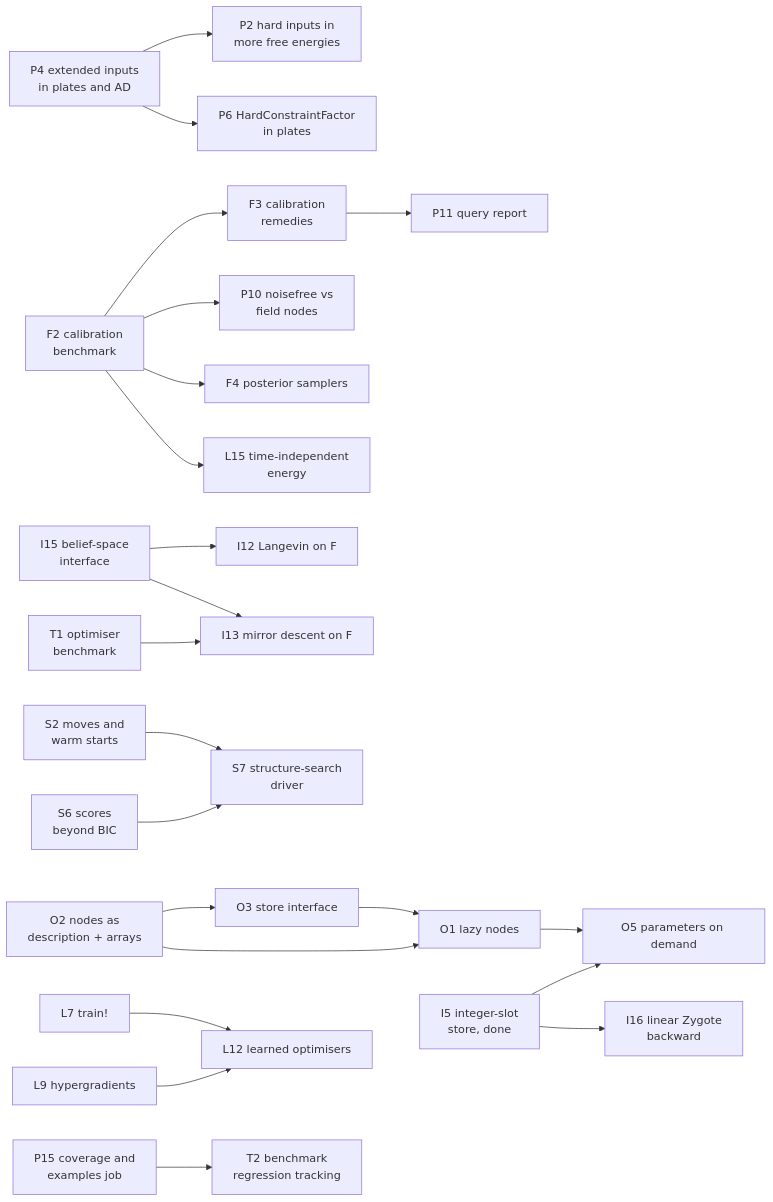
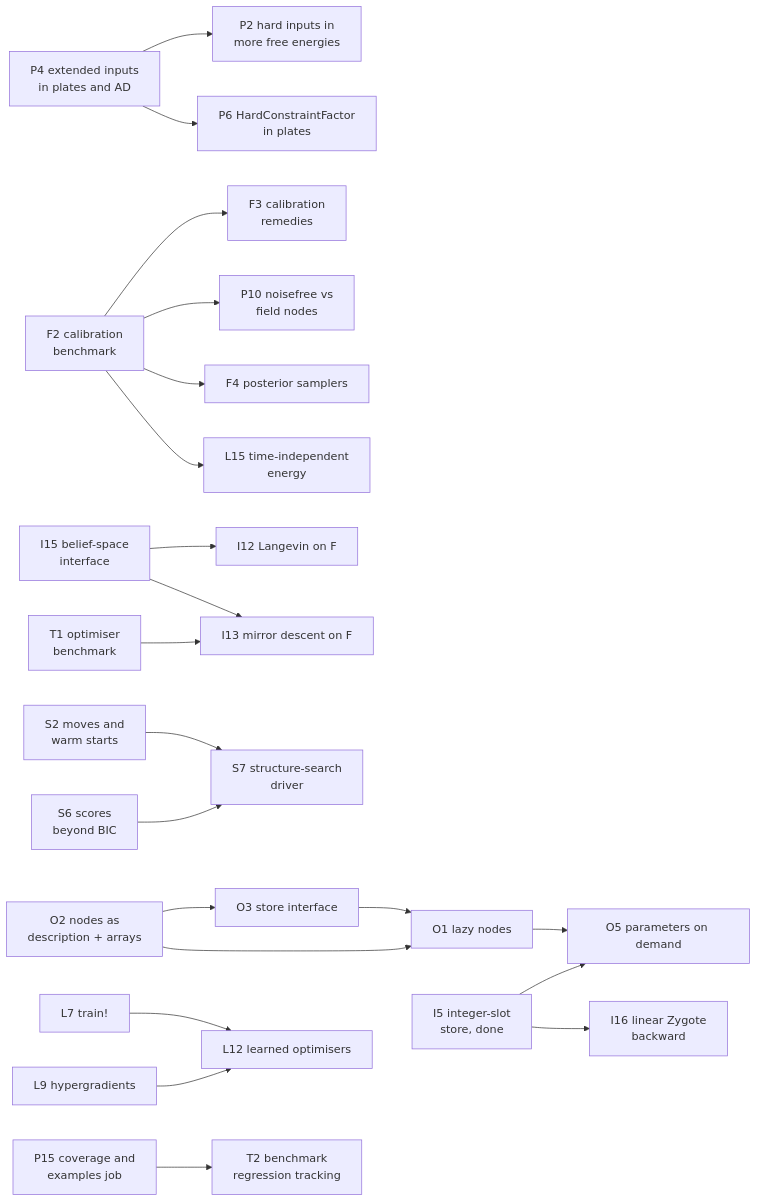
The diagram in vault/Project/Feature Backlog.md (MathStruct/Lenticulum.jl), drawn with Mermaid before and after one commit. The commit also changed other lines of this file and 9 other files, not shown here.

````diff
--- a/vault/Project/Feature Backlog.md
+++ b/vault/Project/Feature Backlog.md
@@ -25,24 +25,23 @@
 ```mermaid
 graph LR
   P4[P4 extended inputs<br/>in plates and AD] --> P2[P2 hard inputs in<br/>more free energies]
   P4 --> P6[P6 HardConstraintFactor<br/>in plates]
   F2[F2 calibration<br/>benchmark] --> F3[F3 calibration<br/>remedies]
-  F3 --> P11[P11 query report]
   F2 --> P10[P10 noisefree vs<br/>field nodes]
   F2 --> F4[F4 posterior samplers]
   F2 --> L15[L15 time-independent<br/>energy]
   I15[I15 belief-space<br/>interface] --> I12[I12 Langevin on F]
   I15 --> I13[I13 mirror descent on F]
   T1[T1 optimiser<br/>benchmark] --> I13
   O2[O2 nodes as<br/>description + arrays] --> O3[O3 store interface]
   O2 --> O1[O1 lazy nodes]
   O3 --> O1
   O1 --> O5[O5 parameters on demand]
   I5[I5 integer-slot<br/>store, done] --> O5
   I5 --> I16[I16 linear Zygote<br/>backward]
   S2[S2 moves and<br/>warm starts] --> S7[S7 structure-search<br/>driver]
   S6[S6 scores<br/>beyond BIC] --> S7
   L7[L7 train!] --> L12[L12 learned optimisers]
   L9[L9 hypergradients] --> L12
   P15[P15 coverage and<br/>examples job] --> T2[T2 benchmark<br/>regression tracking]
 ```
````
